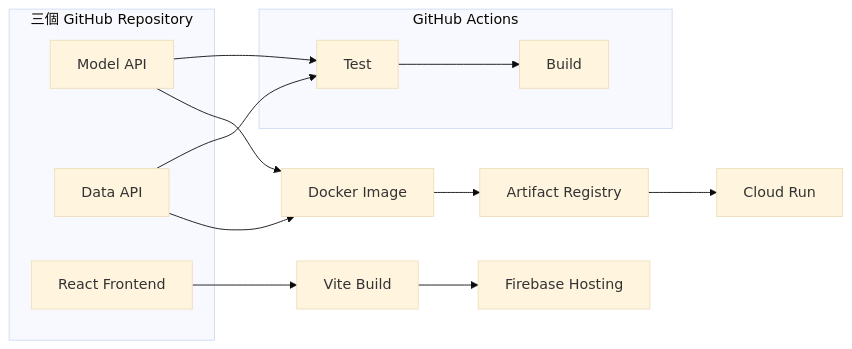
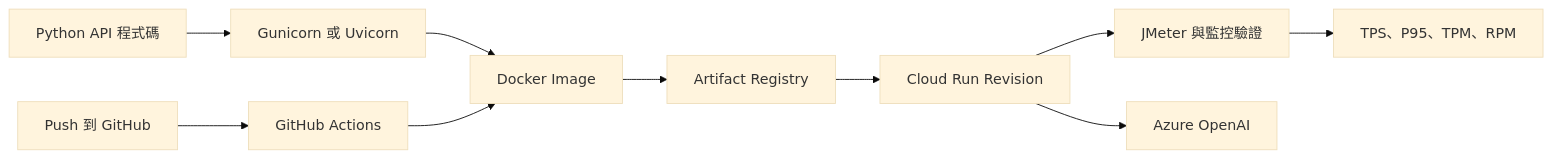
The diagram in docs/index.md (CaoCharles/ai-deploy-docs), drawn with Mermaid (base theme) before and after one commit. The commit also changed other lines of this file and 24 other files, not shown here.

Commit message:
Reorganize cloud and API deployment notes (#5)

````diff
--- a/docs/index.md
+++ b/docs/index.md
@@ -14,22 +60,12 @@
 ```mermaid
 flowchart LR
-    subgraph source["三個 GitHub Repository"]
-        ModelRepo["Model API"]
-        DataRepo["Data API"]
-        FrontRepo["React Frontend"]
-    end
-
-    subgraph cicd["GitHub Actions"]
-        Test["Test"] --> Build["Build"]
-    end
-
-    ModelRepo --> Test
-    DataRepo --> Test
-    ModelRepo --> Image["Docker Image"]
-    DataRepo --> Image
+    Code["Python API 程式碼"] --> Server["Gunicorn 或 Uvicorn"]
+    Server --> Image["Docker Image"]
+    Commit["Push 到 GitHub"] --> Actions["GitHub Actions"]
+    Actions --> Image
     Image --> Registry["Artifact Registry"]
-    Registry --> Run["Cloud Run"]
-
-    FrontRepo --> FrontBuild["Vite Build"]
-    FrontBuild --> Hosting["Firebase Hosting"]
+    Registry --> Run["Cloud Run Revision"]
+    Run --> Test["JMeter 與監控驗證"]
+    Run --> Model["Azure OpenAI"]
+    Test --> Capacity["TPS、P95、TPM、RPM"]
 ```
````
